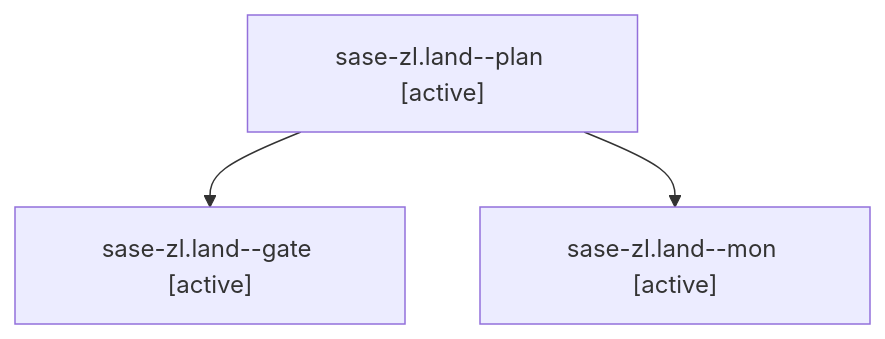
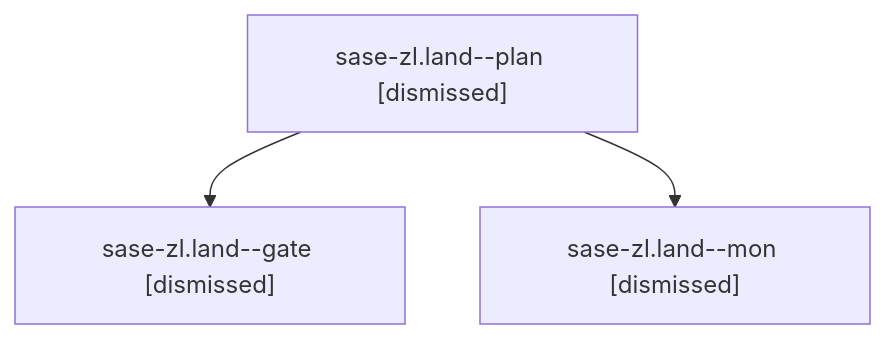
The diagram in sessions/bbugyi200.athena.sase-zl.land.md (sase-org/sase--agents), drawn with Mermaid before and after one commit. The commit also changed other lines of this file and 211 other files, not shown here.

````diff
--- a/sessions/bbugyi200.athena.sase-zl.land.md
+++ b/sessions/bbugyi200.athena.sase-zl.land.md
@@ -9,8 +9,8 @@
 ```mermaid
 flowchart TD
-  n0["sase-zl.land--plan [active]"]
-  n1["sase-zl.land--gate [active]"]
+  n0["sase-zl.land--plan [dismissed]"]
+  n1["sase-zl.land--gate [dismissed]"]
   n0 --> n1
-  n2["sase-zl.land--mon [active]"]
+  n2["sase-zl.land--mon [dismissed]"]
   n0 --> n2
 ```
````
